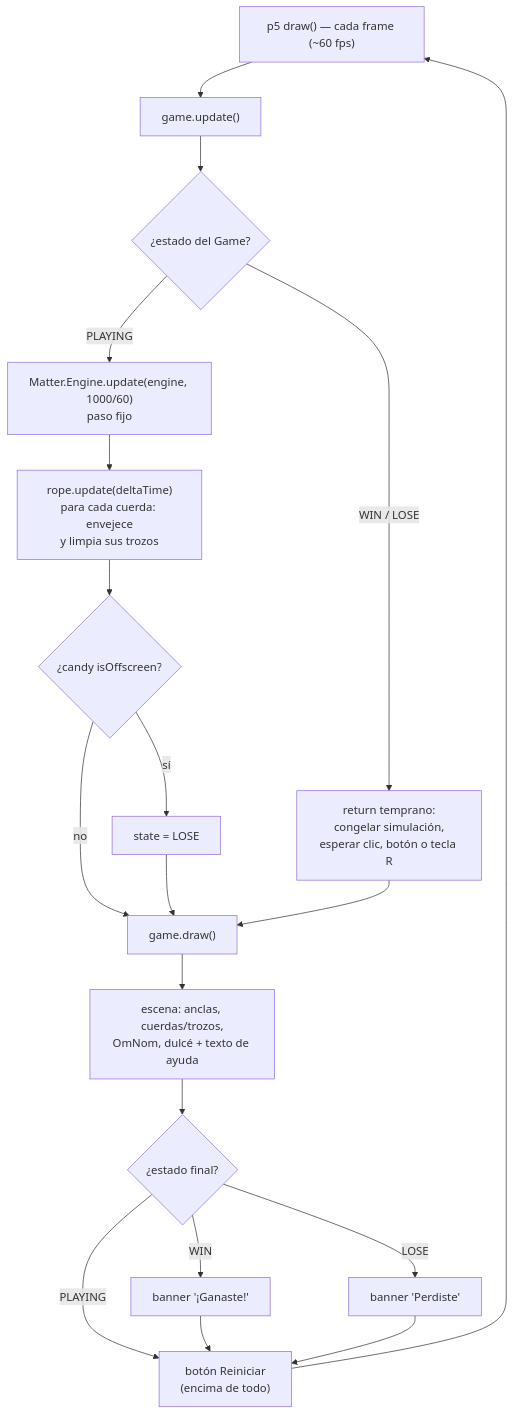
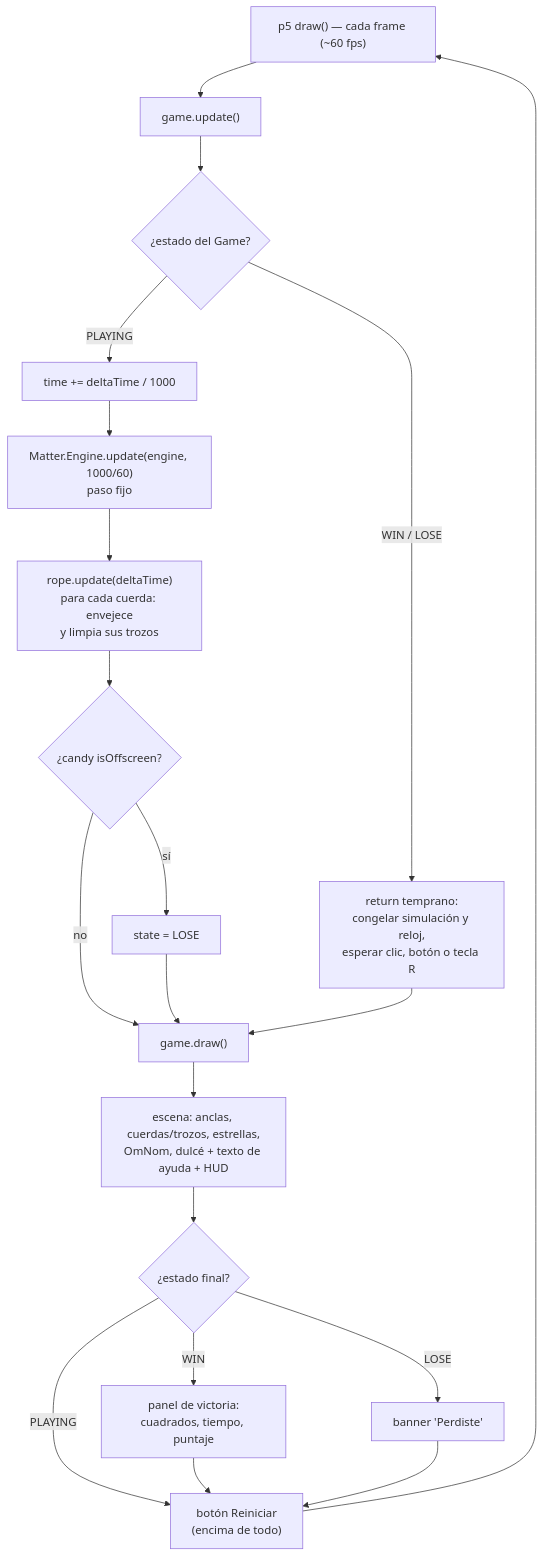
Before and after one commit to ShryhakAkizuki/Cut_The_Rope-Visual_Computing_2026-II: the fifth of 5 diagrams in docs/arquitectura-mvp.md, drawn with Mermaid. The commit also changed other lines of this file and 6 other files, not shown here.

````diff
--- a/docs/arquitectura-mvp.md
+++ b/docs/arquitectura-mvp.md
@@ -292,21 +323,22 @@
 ```mermaid
 flowchart TD
     A["p5 draw() — cada frame (~60 fps)"] --> B["game.update()"]
     B --> C{"¿estado del Game?"}
-    C -->|WIN / LOSE| D["return temprano:<br/>congelar simulación,<br/>esperar clic, botón o tecla R"]
-    C -->|PLAYING| E["Matter.Engine.update(engine, 1000/60)<br/>paso fijo"]
+    C -->|WIN / LOSE| D["return temprano:<br/>congelar simulación y reloj,<br/>esperar clic, botón o tecla R"]
+    C -->|PLAYING| T["time += deltaTime / 1000"]
+    T --> E["Matter.Engine.update(engine, 1000/60)<br/>paso fijo"]
     E --> F["rope.update(deltaTime)<br/>para cada cuerda: envejece<br/>y limpia sus trozos"]
     F --> G{"¿candy isOffscreen?"}
     G -->|sí| H["state = LOSE"]
     G -->|no| I["game.draw()"]
     H --> I
     D --> I
-    I --> J["escena: anclas, cuerdas/trozos,<br/>OmNom, dulcé + texto de ayuda"]
+    I --> J["escena: anclas, cuerdas/trozos, estrellas,<br/>OmNom, dulcé + texto de ayuda + HUD"]
     J --> K{"¿estado final?"}
-    K -->|WIN| L["banner '¡Ganaste!'"]
+    K -->|WIN| L["panel de victoria:<br/>cuadrados, tiempo, puntaje"]
     K -->|LOSE| M["banner 'Perdiste'"]
     K -->|PLAYING| N["botón Reiniciar<br/>(encima de todo)"]
     L --> N
     M --> N
     N --> A
 ```
````
